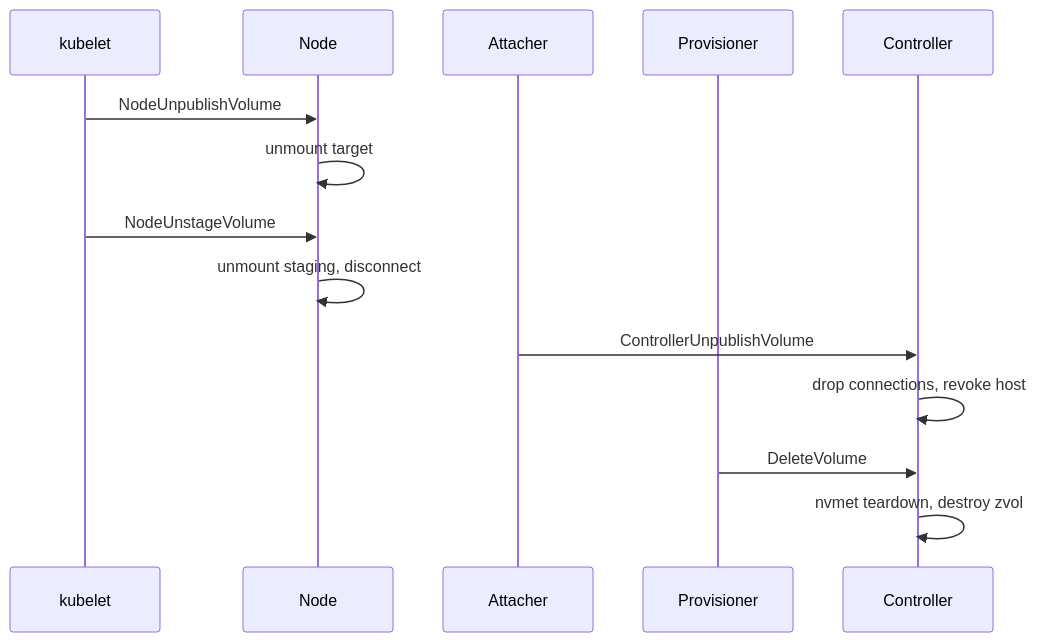
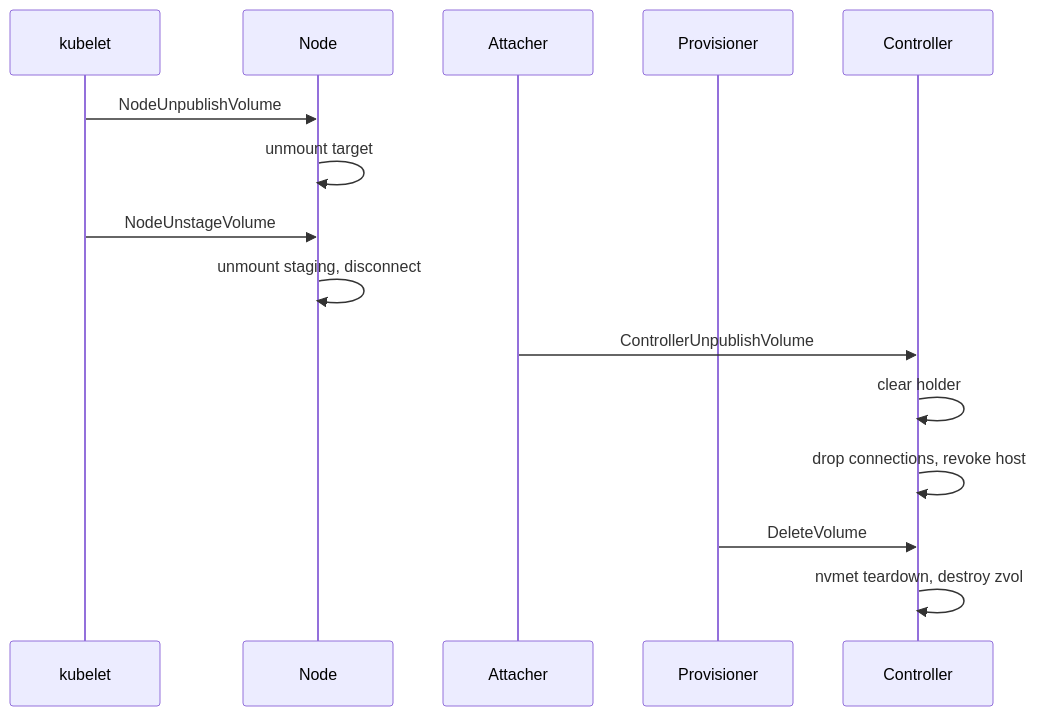
Before and after one commit to timpa0130/nvmeof-csi: the fourth of 6 diagrams in design/volume-lifecycle.md, drawn with Mermaid. The commit also changed other lines of this file and 13 other files, not shown here.

````diff
--- a/design/volume-lifecycle.md
+++ b/design/volume-lifecycle.md
@@ -118,16 +123,17 @@
 ```mermaid
 sequenceDiagram
     participant K as kubelet
     participant N as Node
     participant A as Attacher
     participant EP as Provisioner
     participant C as Controller
     K->>N: NodeUnpublishVolume
     N->>N: unmount target
     K->>N: NodeUnstageVolume
     N->>N: unmount staging, disconnect
     A->>C: ControllerUnpublishVolume
+    C->>C: clear holder
     C->>C: drop connections, revoke host
     EP->>C: DeleteVolume
     C->>C: nvmet teardown, destroy zvol
 ```
````
